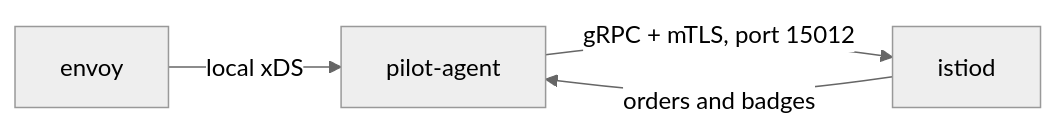
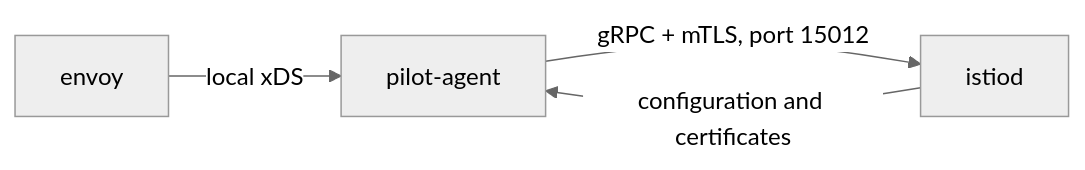
Before and after one commit to astrona-io/ATS016: the first of 3 diagrams in sections/section-030/module-02/course-01-xds-and-acknowledgement.md, drawn with Mermaid (neutral theme). The commit also changed other lines of this file and 38 other files, not shown here.

````diff
--- a/sections/section-030/module-02/course-01-xds-and-acknowledgement.md
+++ b/sections/section-030/module-02/course-01-xds-and-acknowledgement.md
@@ -9,6 +9,6 @@
 ```mermaid
 flowchart LR
     E["envoy"] -->|"local xDS"| A["pilot-agent"]
     A -->|"gRPC + mTLS, port 15012"| I["istiod"]
-    I -->|"orders and badges"| A
+    I -->|"configuration and certificates"| A
 ```
````
